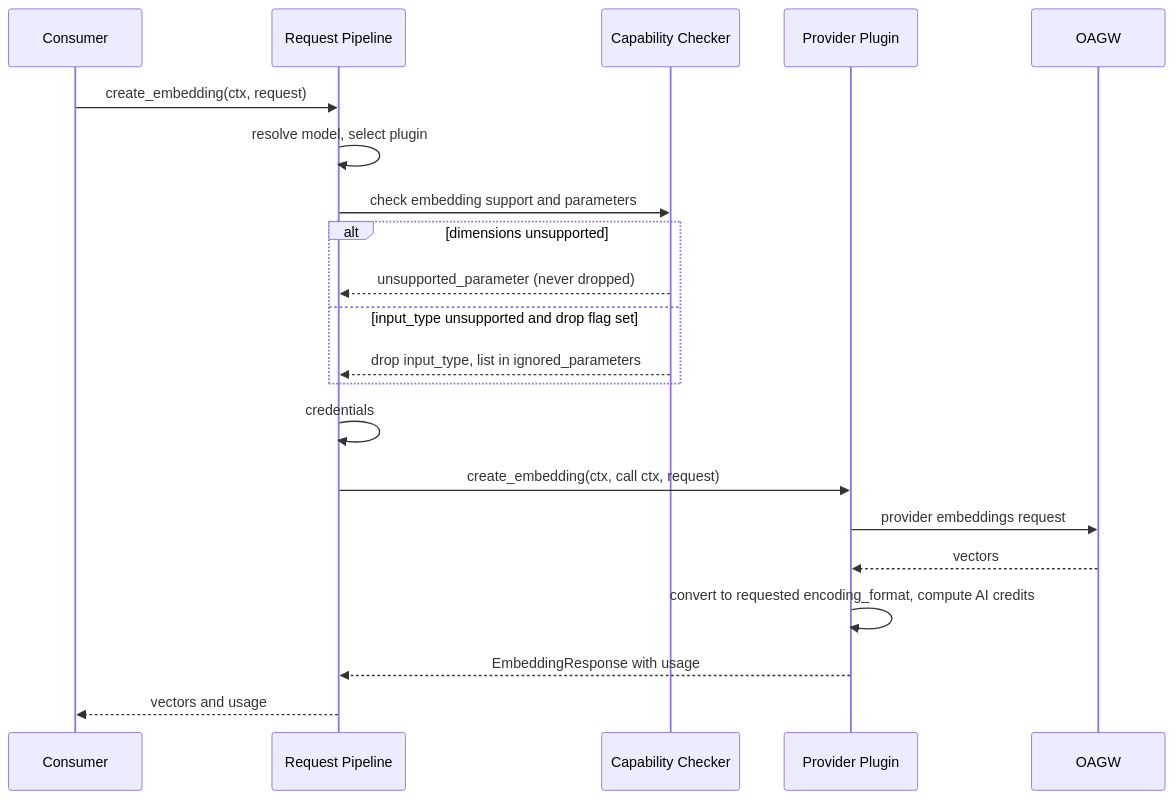
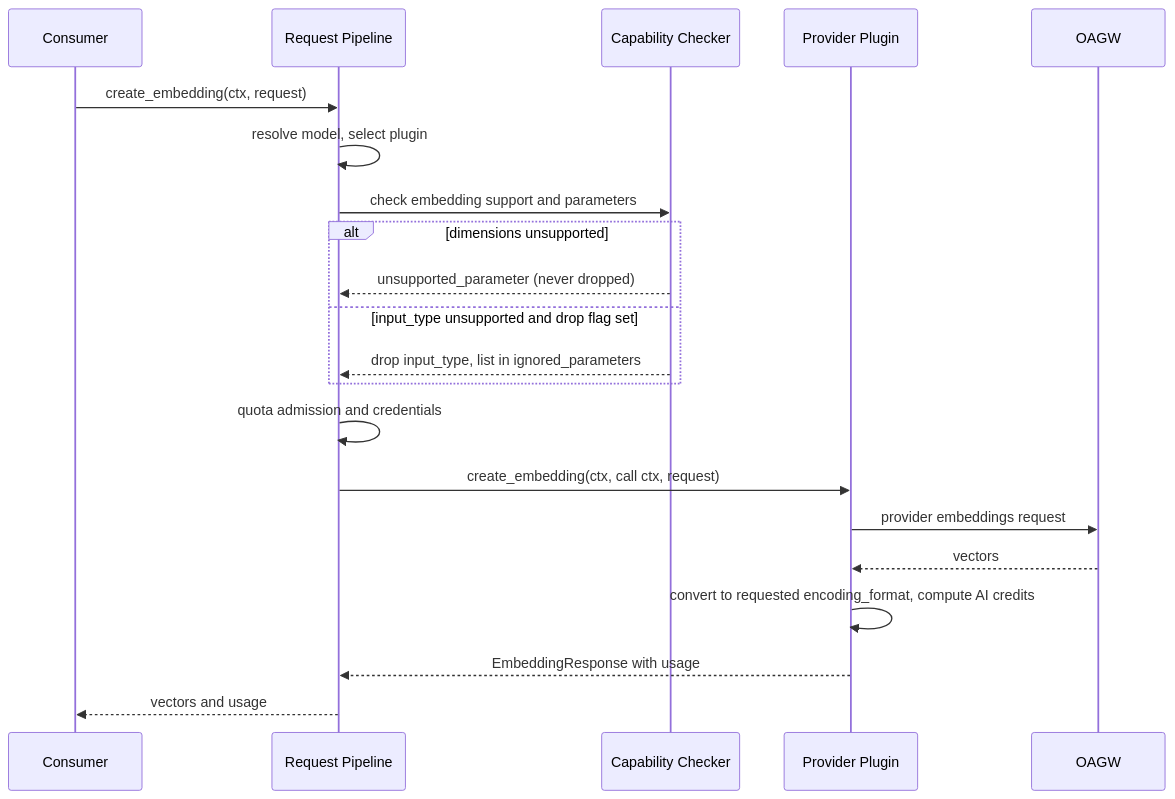
The sixth of 15 diagrams in gears/llm-gateway/docs/DESIGN.md (AndIConstructor/gears-rust), drawn with Mermaid before and after one commit. The commit also changed other lines of this file, not shown here.

Commit message:
docs(llm-gateway): restore quota enforcement through Quota Enforcement leases Signed-off-by: ritmix3300 <dmitriy.matveev95@gmail.com>

````diff
--- a/gears/llm-gateway/docs/DESIGN.md
+++ b/gears/llm-gateway/docs/DESIGN.md
@@ -851,23 +926,23 @@
 ```mermaid
 sequenceDiagram
     participant C as Consumer
     participant P as Request Pipeline
     participant CC as Capability Checker
     participant PL as Provider Plugin
     participant O as OAGW
     C->>P: create_embedding(ctx, request)
     P->>P: resolve model, select plugin
     P->>CC: check embedding support and parameters
     alt dimensions unsupported
         CC-->>P: unsupported_parameter (never dropped)
     else input_type unsupported and drop flag set
         CC-->>P: drop input_type, list in ignored_parameters
     end
-    P->>P: credentials
+    P->>P: quota admission and credentials
     P->>PL: create_embedding(ctx, call ctx, request)
     PL->>O: provider embeddings request
     O-->>PL: vectors
     PL->>PL: convert to requested encoding_format, compute AI credits
     PL-->>P: EmbeddingResponse with usage
     P-->>C: vectors and usage
 ```
````
